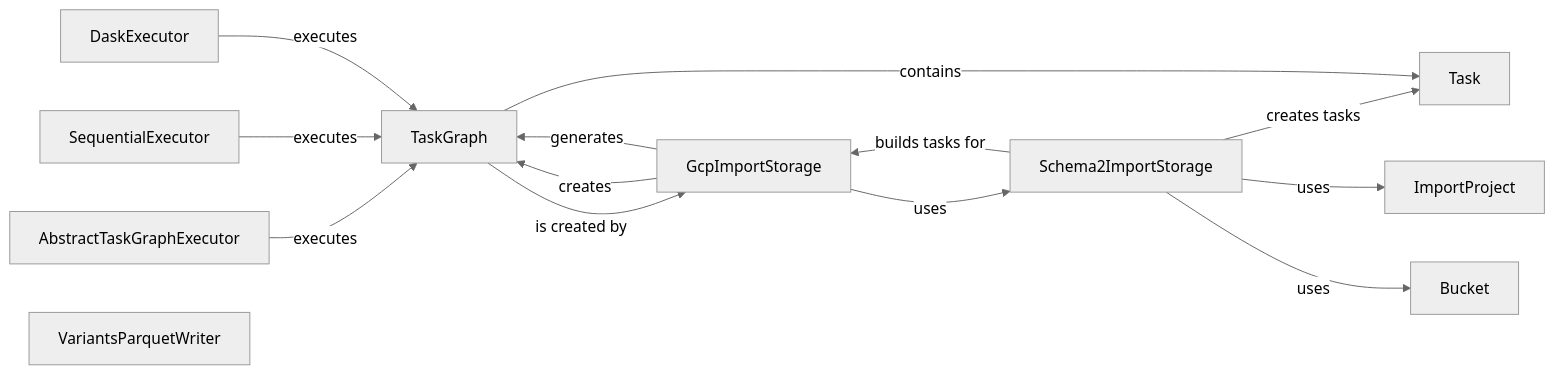
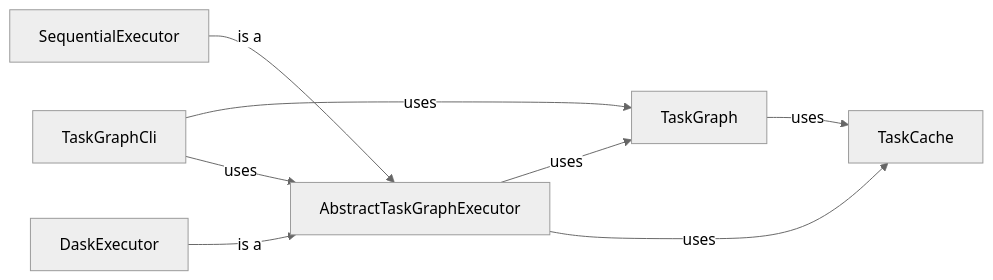
Before and after one commit to CodeBoarding/GeneratedOnBoardings: the diagram in gpf/Task Management.md, drawn with Mermaid (neutral theme). The commit also changed other lines of this file and 15 other files, not shown here.

````diff
--- a/gpf/Task Management.md
+++ b/gpf/Task Management.md
@@ -1,25 +1,16 @@
 ```mermaid
 graph LR
     TaskGraph["TaskGraph"]
-    Task["Task"]
+    TaskCache["TaskCache"]
     AbstractTaskGraphExecutor["AbstractTaskGraphExecutor"]
     SequentialExecutor["SequentialExecutor"]
     DaskExecutor["DaskExecutor"]
-    GcpImportStorage["GcpImportStorage"]
-    Schema2ImportStorage["Schema2ImportStorage"]
-    ImportProject["ImportProject"]
-    Bucket["Bucket"]
-    VariantsParquetWriter["VariantsParquetWriter"]
-    GcpImportStorage -- "creates" --> TaskGraph
-    TaskGraph -- "is created by" --> GcpImportStorage
-    Schema2ImportStorage -- "builds tasks for" --> GcpImportStorage
-    GcpImportStorage -- "generates" --> TaskGraph
-    GcpImportStorage -- "uses" --> Schema2ImportStorage
-    AbstractTaskGraphExecutor -- "executes" --> TaskGraph
-    SequentialExecutor -- "executes" --> TaskGraph
-    DaskExecutor -- "executes" --> TaskGraph
-    Schema2ImportStorage -- "creates tasks" --> Task
-    TaskGraph -- "contains" --> Task
-    Schema2ImportStorage -- "uses" --> ImportProject
-    Schema2ImportStorage -- "uses" --> Bucket
+    TaskGraphCli["TaskGraphCli"]
+    TaskGraphCli -- "uses" --> TaskGraph
+    TaskGraphCli -- "uses" --> AbstractTaskGraphExecutor
+    AbstractTaskGraphExecutor -- "uses" --> TaskGraph
+    AbstractTaskGraphExecutor -- "uses" --> TaskCache
+    SequentialExecutor -- "is a" --> AbstractTaskGraphExecutor
+    DaskExecutor -- "is a" --> AbstractTaskGraphExecutor
+    TaskGraph -- "uses" --> TaskCache
 ```
````
